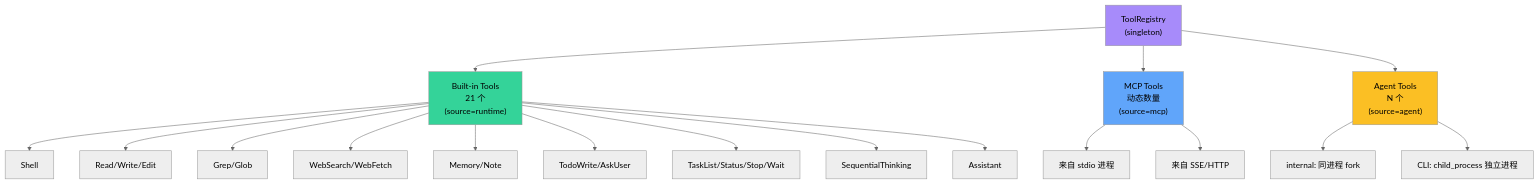
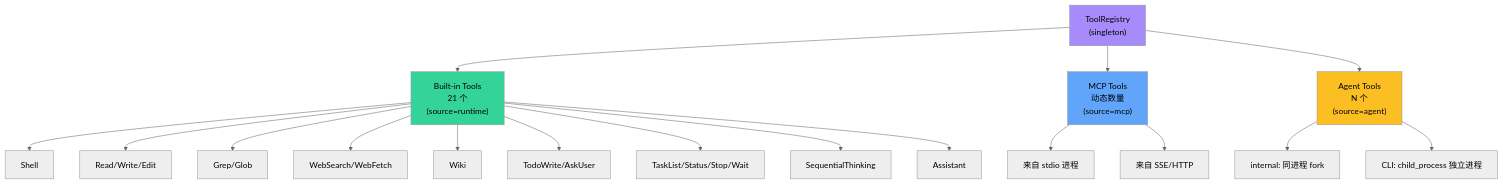
The first of 2 diagrams in docs/arch/04-tools-subsystem.md (LanicBlue/zero-core), drawn with Mermaid (neutral theme) before and after one commit. The commit also changed other lines of this file and 53 other files, not shown here.

````diff
--- a/docs/arch/04-tools-subsystem.md
+++ b/docs/arch/04-tools-subsystem.md
@@ -7,24 +7,24 @@
 ```mermaid
 graph TB
     R["ToolRegistry<br/>(singleton)"]
     R --> B["Built-in Tools<br/>21 个<br/>(source=runtime)"]
     R --> M["MCP Tools<br/>动态数量<br/>(source=mcp)"]
     R --> A["Agent Tools<br/>N 个<br/>(source=agent)"]
     B --> B1[Shell]
     B --> B2[Read/Write/Edit]
     B --> B3[Grep/Glob]
     B --> B4[WebSearch/WebFetch]
-    B --> B5[Memory/Note]
+    B --> B5[Wiki]
     B --> B6[TodoWrite/AskUser]
     B --> B7[TaskList/Status/Stop/Wait]
     B --> B8[SequentialThinking]
     B --> B9[Assistant]
     M --> M1[来自 stdio 进程]
     M --> M2[来自 SSE/HTTP]
     A --> A1["internal: 同进程 fork"]
     A --> A2["CLI: child_process 独立进程"]
     style R fill:#a78bfa,color:#000
     style B fill:#34d399,color:#000
     style M fill:#60a5fa,color:#000
     style A fill:#fbbf24,color:#000
 ```
````
